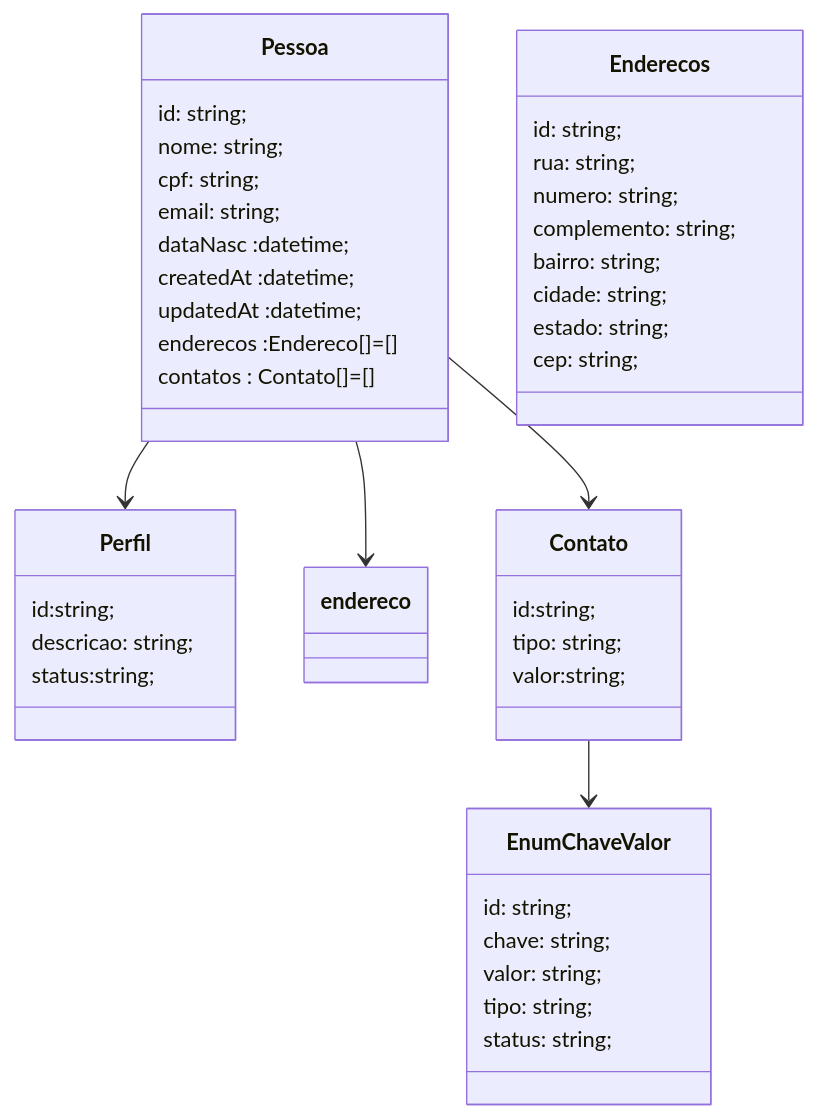
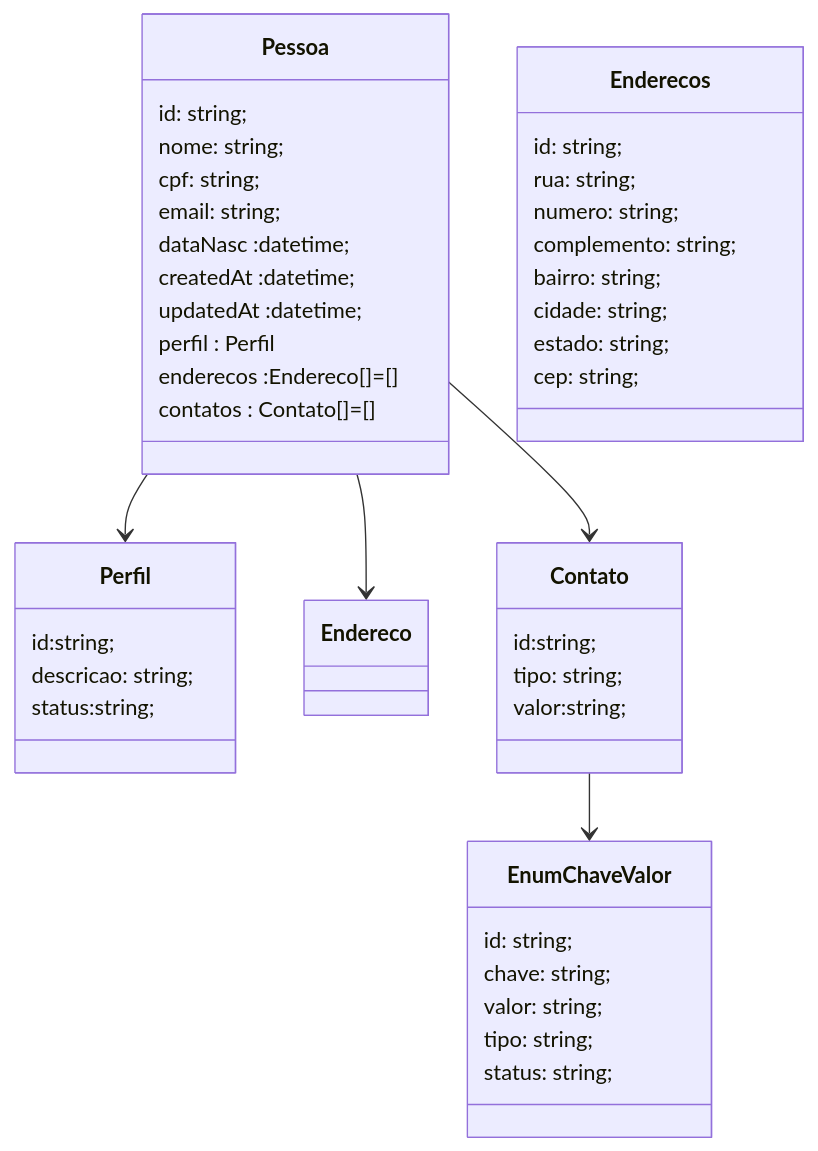
One commit to DantasRocha/FinancasTI changed the diagram in Diagrama2.MD. Above: the diagram before and after it, drawn with Mermaid.

````diff
--- a/Diagrama2.MD
+++ b/Diagrama2.MD
@@ -5,53 +5,54 @@
 ```mermaid
 classDiagram
 
 
 Pessoa --> Perfil
-Pessoa --> endereco
+Pessoa --> Endereco
 Pessoa --> Contato
 Contato --> EnumChaveValor
 
 class Pessoa {
     id: string;
     nome: string;
     cpf: string;
     email: string;
     dataNasc :datetime;
     createdAt :datetime;
     updatedAt :datetime;
+    perfil : Perfil
     enderecos :Endereco[]=[]
     contatos : Contato[]=[]
 }
 
 class Perfil{
    id:string;
    descricao: string;
    status:string;
 }
 
 class Enderecos {
     id: string;
     rua: string;
     numero: string;
     complemento: string;
     bairro: string;
     cidade: string;
     estado: string;
     cep: string;
 }
 
 class Contato{
    id:string;
    tipo: string;
    valor:string;
 }
 
 class EnumChaveValor{
     id: string;
     chave: string;
     valor: string;
     tipo: string;
     status: string;
 }
 
 ```
````
